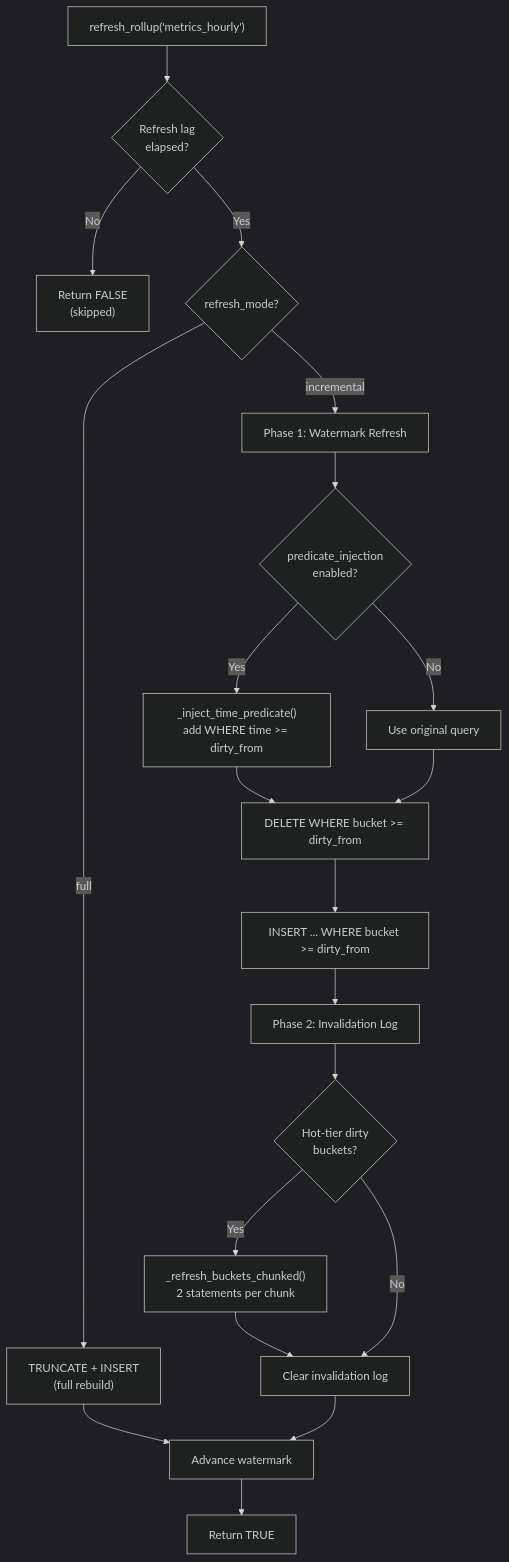
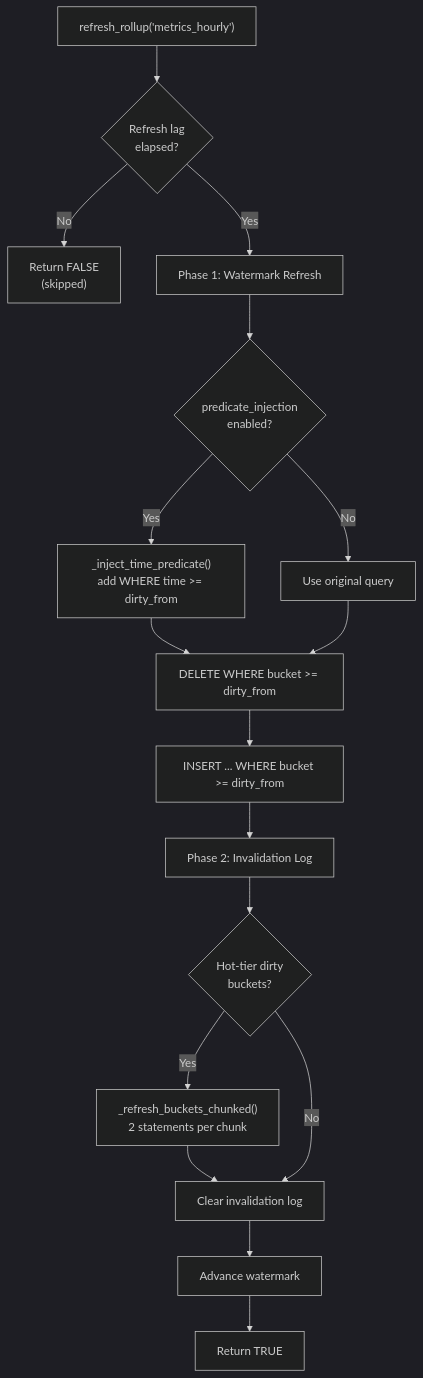
The fifth of 5 diagrams in website/docs/guides/how-it-works/rollups.md (databricks-solutions/lakets), drawn with Mermaid (dark theme) before and after one commit. The commit also changed other lines of this file and 4 other files, not shown here.

Commit message:
docs(rollup): remove refresh_mode from RollUp docs

````diff
--- a/website/docs/guides/how-it-works/rollups.md
+++ b/website/docs/guides/how-it-works/rollups.md
@@ -295,38 +295,33 @@
 ```mermaid
 flowchart TB
     START["refresh_rollup('metrics_hourly')"]
     LAG{"Refresh lag<br/>elapsed?"}
     SKIP["Return FALSE<br/>(skipped)"]
-    MODE{"refresh_mode?"}
-
-    FULL["TRUNCATE + INSERT<br/>(full rebuild)"]
 
     P1["Phase 1: Watermark Refresh"]
     PRED{"predicate_injection<br/>enabled?"}
     INJ["_inject_time_predicate()<br/>add WHERE time >= dirty_from"]
     NOINJ["Use original query"]
     DEL1["DELETE WHERE bucket >= dirty_from"]
     INS1["INSERT ... WHERE bucket >= dirty_from"]
 
     P2["Phase 2: Invalidation Log"]
     DIRTY{"Hot-tier dirty<br/>buckets?"}
     BATCH["_refresh_buckets_chunked()<br/>2 statements per chunk"]
     CLEAR["Clear invalidation log"]
 
     WM["Advance watermark"]
     DONE["Return TRUE"]
 
     START --> LAG
     LAG -- No --> SKIP
-    LAG -- Yes --> MODE
-    MODE -- full --> FULL --> WM
-    MODE -- incremental --> P1
+    LAG -- Yes --> P1
     P1 --> PRED
     PRED -- Yes --> INJ --> DEL1
     PRED -- No --> NOINJ --> DEL1
     DEL1 --> INS1 --> P2
     P2 --> DIRTY
     DIRTY -- Yes --> BATCH --> CLEAR
     DIRTY -- No --> CLEAR
     CLEAR --> WM --> DONE
 ```
````
